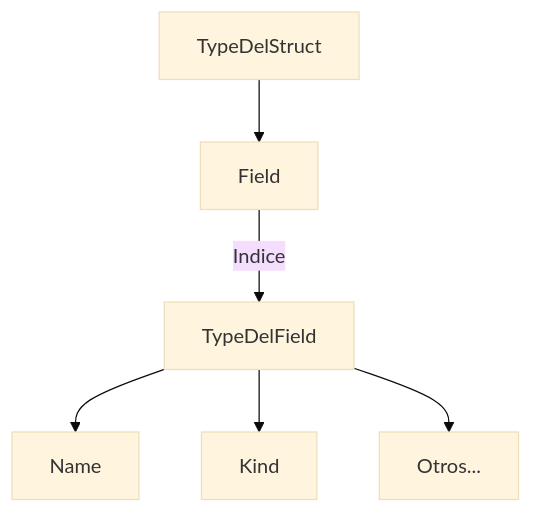
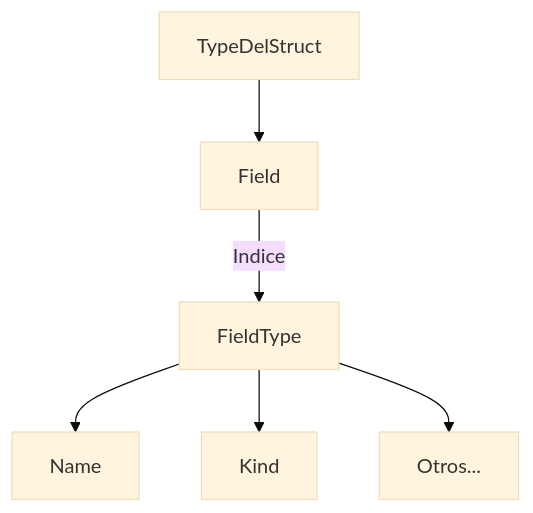
One commit to EduardoZepeda/coffee-bytes-hugo changed the second of 3 diagrams in content/posts/el-paquete-reflections-de-go/index.en.md. Above: the diagram before and after it, drawn with Mermaid (base theme). The commit also changed other lines of this file, not shown here.

````diff
--- a/content/posts/el-paquete-reflections-de-go/index.en.md
+++ b/content/posts/el-paquete-reflections-de-go/index.en.md
@@ -118,8 +118,8 @@
 ``` mermaid
 graph TD;
     TypeDelStruct-->Field;
-    Field--Indice-->TypeDelField;
-    TypeDelField-->Name;
-    TypeDelField-->Kind;
-    TypeDelField-->Otros...;
+    Field--Indice-->FieldType;
+    FieldType-->Name;
+    FieldType-->Kind;
+    FieldType-->Otros...;
 ```
````
